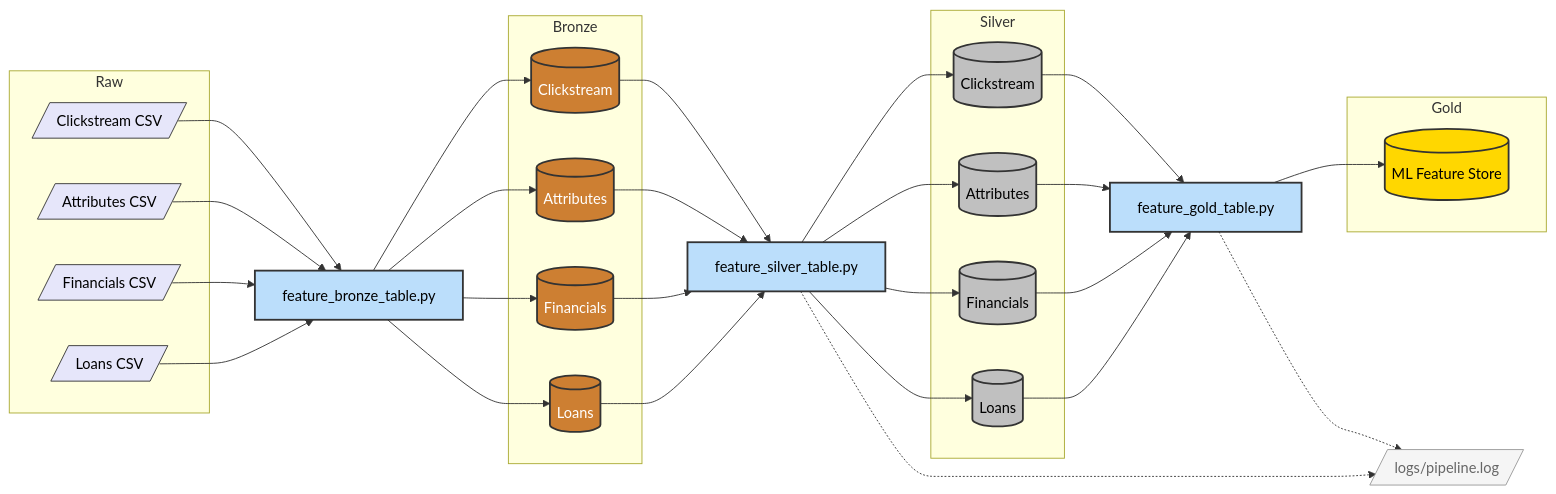
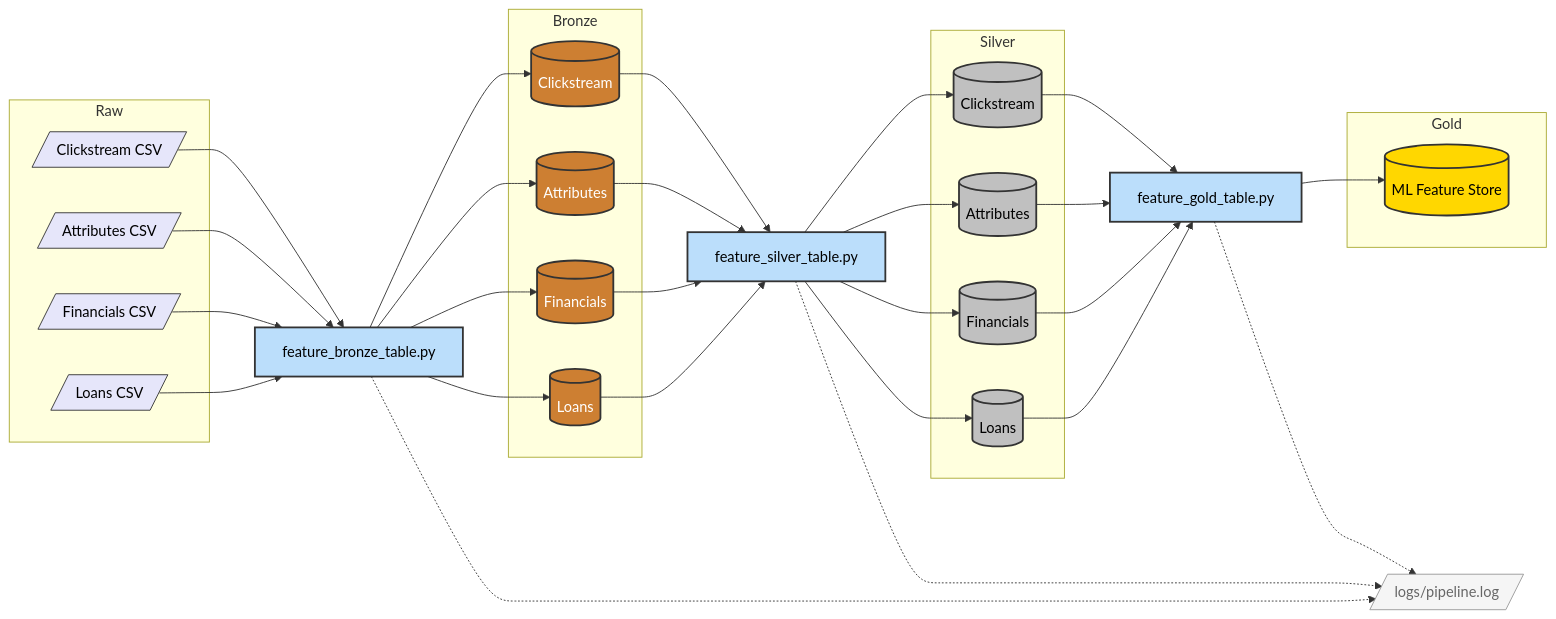
Before and after one commit to siranishkd/predictive-loan-default-modelling: the diagram in docs/architecture_v3.md, drawn with Mermaid.

Commit message:
Update Mermaid architecture: connect bronze processing to logging

````diff
--- a/docs/architecture_v3.md
+++ b/docs/architecture_v3.md
@@ -9,73 +9,74 @@
 ```mermaid
 graph LR
     classDef bronze fill:#cd7f32,stroke:#333,stroke-width:2px,color:#fff
     classDef silver fill:#c0c0c0,stroke:#333,stroke-width:2px,color:#000
     classDef gold fill:#ffd700,stroke:#333,stroke-width:2px,color:#000
     classDef raw fill:#e6e6fa,stroke:#333,stroke-width:1px,color:#000
     classDef process fill:#bbdefb,stroke:#333,stroke-width:2px,color:#000
     classDef log fill:#f5f5f5,stroke:#999,stroke-width:1px,color:#666
 
     %% Raw Layer
     subgraph Raw
         R1[/Clickstream CSV/]:::raw
         R2[/Attributes CSV/]:::raw
         R3[/Financials CSV/]:::raw
         R4[/Loans CSV/]:::raw
     end
 
     %% Bronze Layer
     P1[feature_bronze_table.py]:::process
 
     subgraph Bronze
         B1[(Clickstream)]:::bronze
         B2[(Attributes)]:::bronze
         B3[(Financials)]:::bronze
         B4[(Loans)]:::bronze
     end
 
     R1 --> P1
     R2 --> P1
     R3 --> P1
     R4 --> P1
     P1 --> B1
     P1 --> B2
     P1 --> B3
     P1 --> B4
 
     %% Silver Layer
     P2[feature_silver_table.py]:::process
 
     subgraph Silver
         S1[(Clickstream)]:::silver
         S2[(Attributes)]:::silver
         S3[(Financials)]:::silver
         S4[(Loans)]:::silver
     end
 
     B1 --> P2
     B2 --> P2
     B3 --> P2
     B4 --> P2
     P2 --> S1
     P2 --> S2
     P2 --> S3
     P2 --> S4
 
     %% Gold Layer
     P3[feature_gold_table.py]:::process
 
     subgraph Gold
         G1[(ML Feature Store)]:::gold
     end
 
     S1 --> P3
     S2 --> P3
     S3 --> P3
     S4 --> P3
     P3 --> G1
 
     %% Logging — sits below, small
     LOG[/logs/pipeline.log/]:::log
+    P1 -.-> LOG
     P2 -.-> LOG
     P3 -.-> LOG
 ```
````
